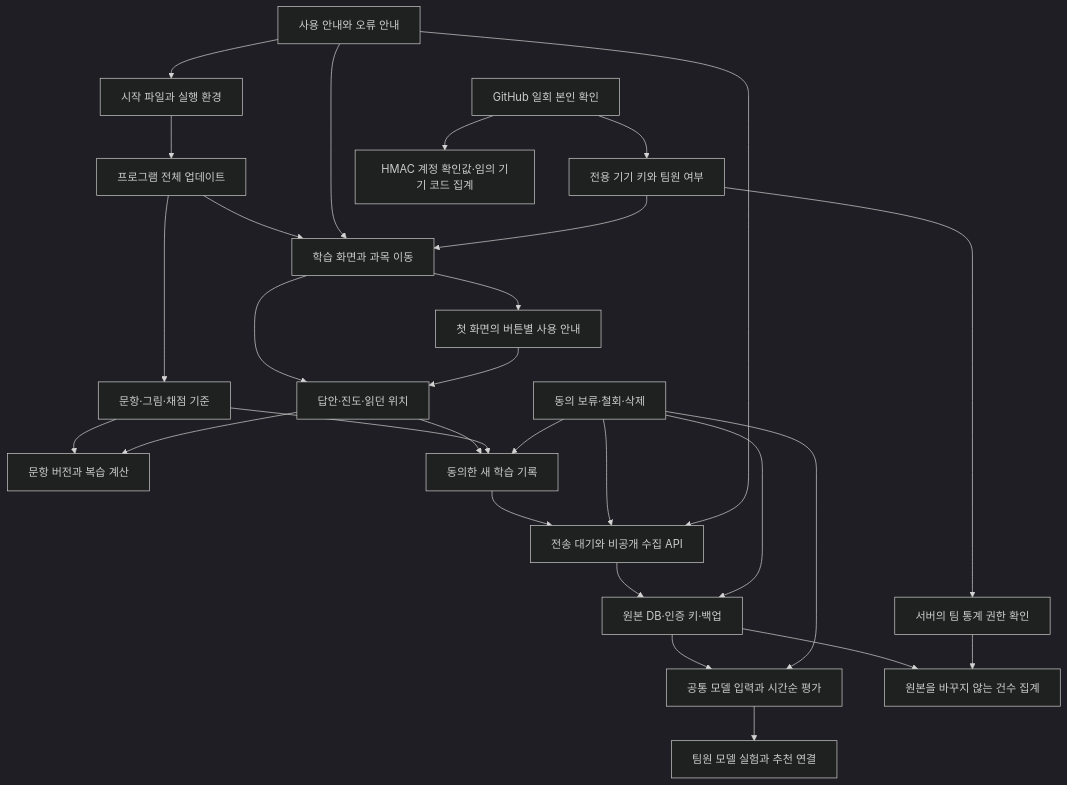
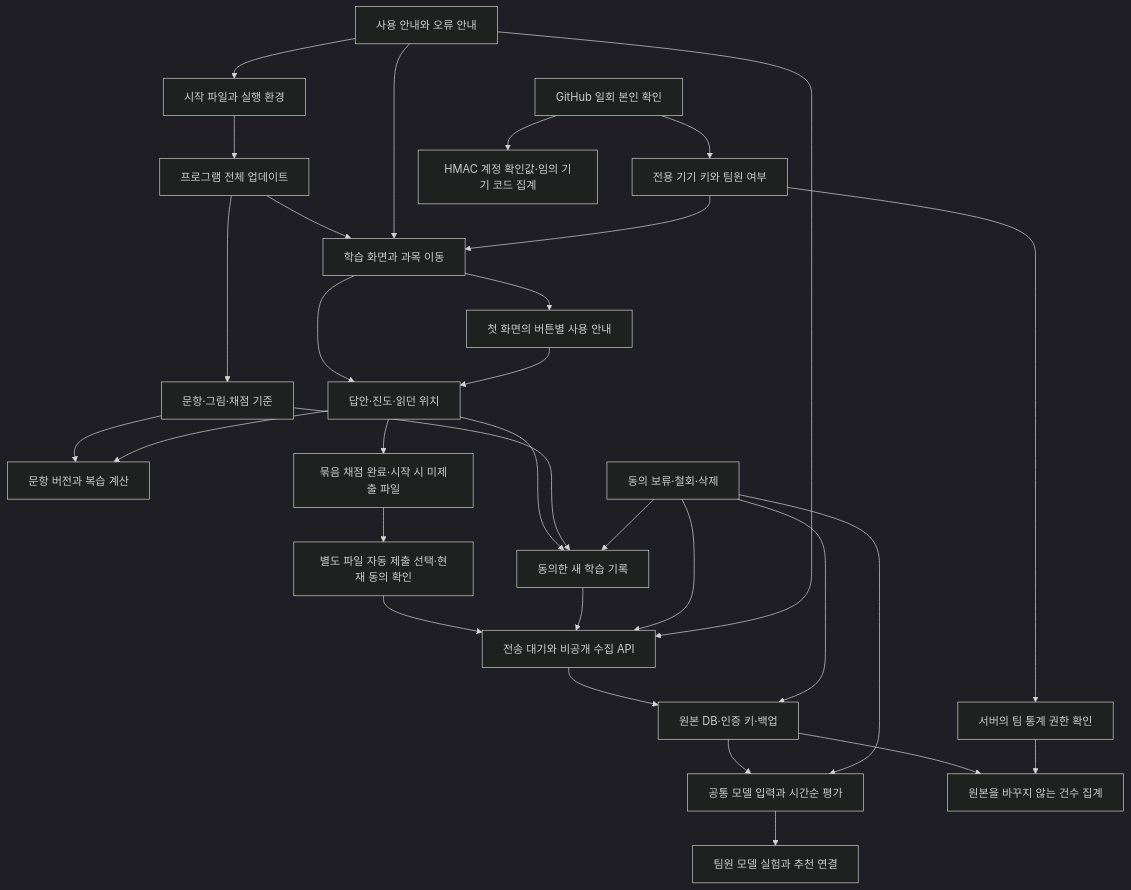
Before and after one commit to WaterMinCho/programming-study: the diagram in docs/CHANGE_IMPACT.md, drawn with Mermaid (dark theme). The commit also changed other lines of this file and 28 other files, not shown here.

````diff
--- a/docs/CHANGE_IMPACT.md
+++ b/docs/CHANGE_IMPACT.md
@@ -5,30 +5,33 @@
 ```mermaid
 flowchart TD
     A[시작 파일과 실행 환경] --> B[프로그램 전체 업데이트]
     B --> C[학습 화면과 과목 이동]
     B --> D[문항·그림·채점 기준]
     C --> E[답안·진도·읽던 위치]
     D --> F[문항 버전과 복습 계산]
     E --> F
+    E --> T[묶음 채점 완료·시작 시 미제출 파일]
+    T --> U[별도 파일 자동 제출 선택·현재 동의 확인]
+    U --> H
     E --> G[동의한 새 학습 기록]
     D --> G
     G --> H[전송 대기와 비공개 수집 API]
     H --> I[원본 DB·인증 키·백업]
     I --> J[공통 모델 입력과 시간순 평가]
     J --> K[팀원 모델 실험과 추천 연결]
     L[동의 보류·철회·삭제] --> G
     L --> H
     L --> I
     L --> J
     M[사용 안내와 오류 안내] --> A
     M --> C
     M --> H
     N[GitHub 일회 본인 확인] --> O[전용 기기 키와 팀원 여부]
     N --> R[HMAC 계정 확인값·임의 기기 코드 집계]
     O --> C
     C --> S[첫 화면의 버튼별 사용 안내]
     S --> E
     O --> P[서버의 팀 통계 권한 확인]
     I --> Q[원본을 바꾸지 않는 건수 집계]
     P --> Q
 ```
````
